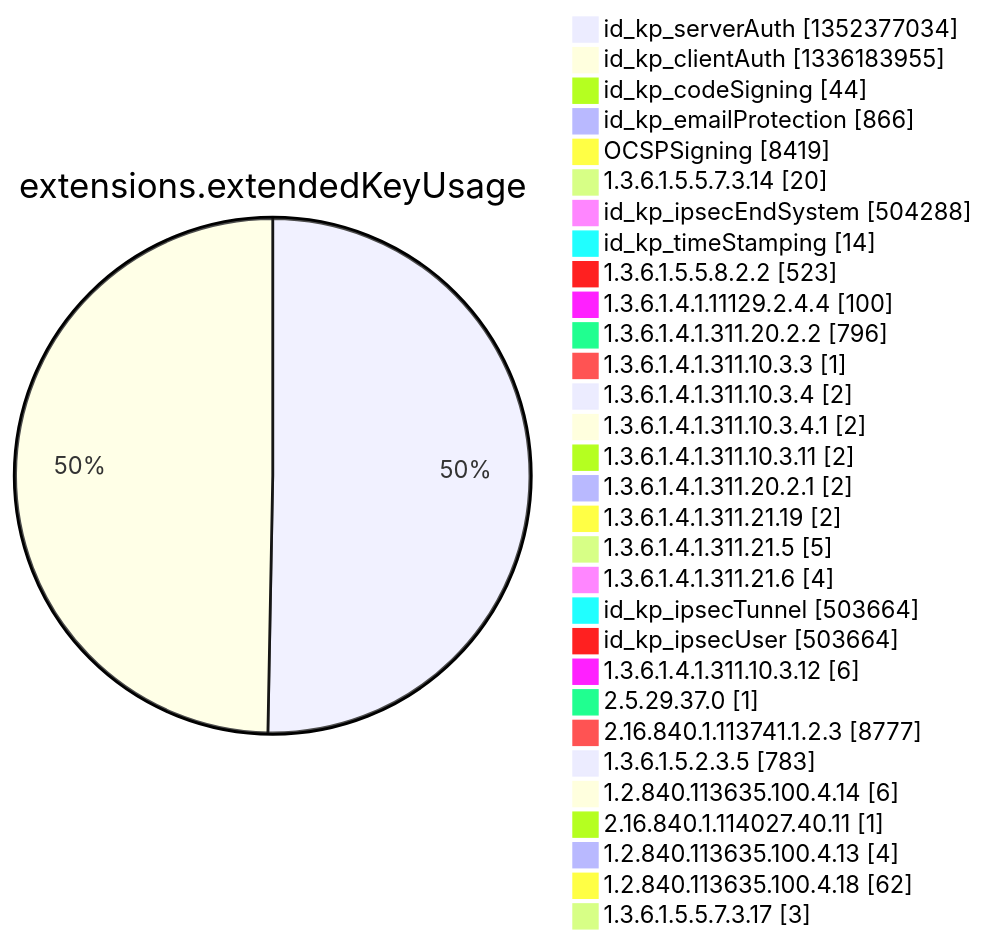
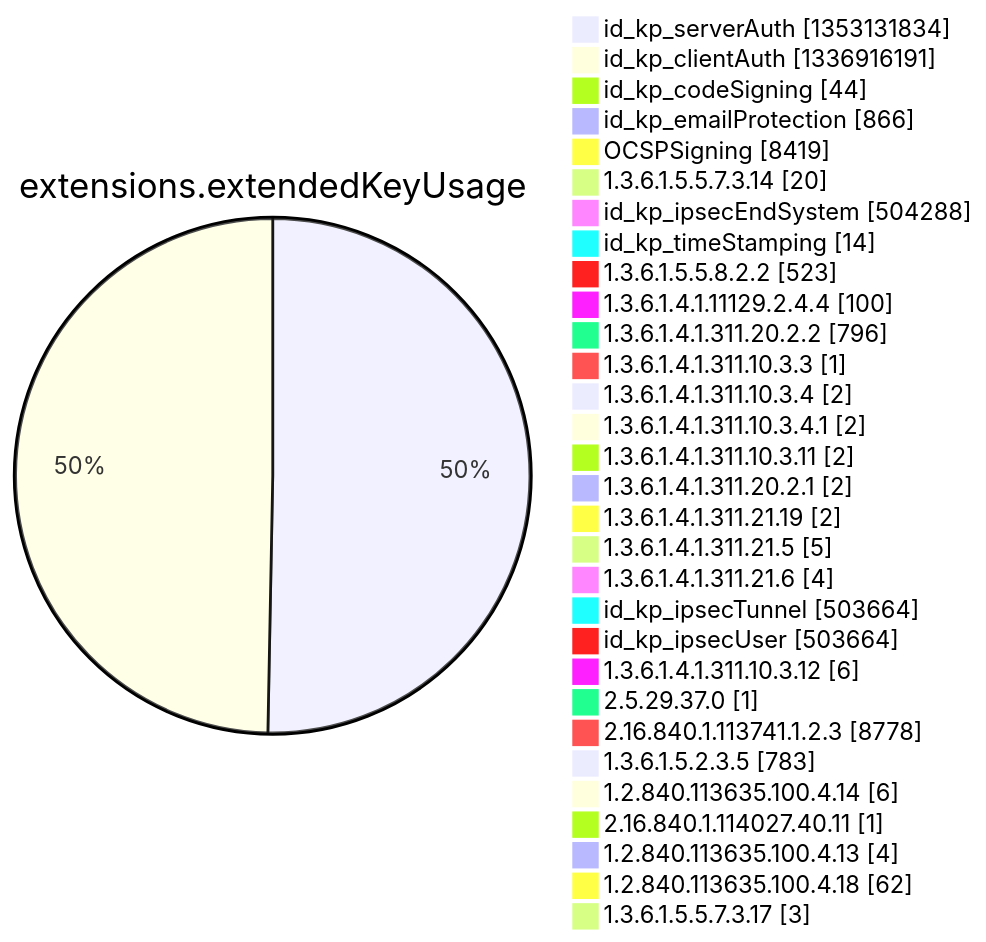
One commit to christiankrug/ctmonitor_visualization changed diagram 12 of 15 in argon2022/README.md. Above: the diagram before and after it, drawn with Mermaid. The commit also changed other lines of this file, not shown here.

````diff
--- a/argon2022/README.md
+++ b/argon2022/README.md
@@ -3553,34 +3553,34 @@
 ```mermaid
 pie showData
 title extensions.extendedKeyUsage
-"id_kp_serverAuth" :1352377034
-"id_kp_clientAuth" :1336183955
+"id_kp_serverAuth" :1353131834
+"id_kp_clientAuth" :1336916191
 "id_kp_codeSigning" :44
 "id_kp_emailProtection" :866
 "OCSPSigning" :8419
 "1.3.6.1.5.5.7.3.14" :20
 "id_kp_ipsecEndSystem" :504288
 "id_kp_timeStamping" :14
 "1.3.6.1.5.5.8.2.2" :523
 "1.3.6.1.4.1.11129.2.4.4" :100
 "1.3.6.1.4.1.311.20.2.2" :796
 "1.3.6.1.4.1.311.10.3.3" :1
 "1.3.6.1.4.1.311.10.3.4" :2
 "1.3.6.1.4.1.311.10.3.4.1" :2
 "1.3.6.1.4.1.311.10.3.11" :2
 "1.3.6.1.4.1.311.20.2.1" :2
 "1.3.6.1.4.1.311.21.19" :2
 "1.3.6.1.4.1.311.21.5" :5
 "1.3.6.1.4.1.311.21.6" :4
 "id_kp_ipsecTunnel" :503664
 "id_kp_ipsecUser" :503664
 "1.3.6.1.4.1.311.10.3.12" :6
 "2.5.29.37.0" :1
-"2.16.840.1.113741.1.2.3" :8777
+"2.16.840.1.113741.1.2.3" :8778
 "1.3.6.1.5.2.3.5" :783
 "1.2.840.113635.100.4.14" :6
 "2.16.840.1.114027.40.11" :1
 "1.2.840.113635.100.4.13" :4
 "1.2.840.113635.100.4.18" :62
 "1.3.6.1.5.5.7.3.17" :3
 ```
````
